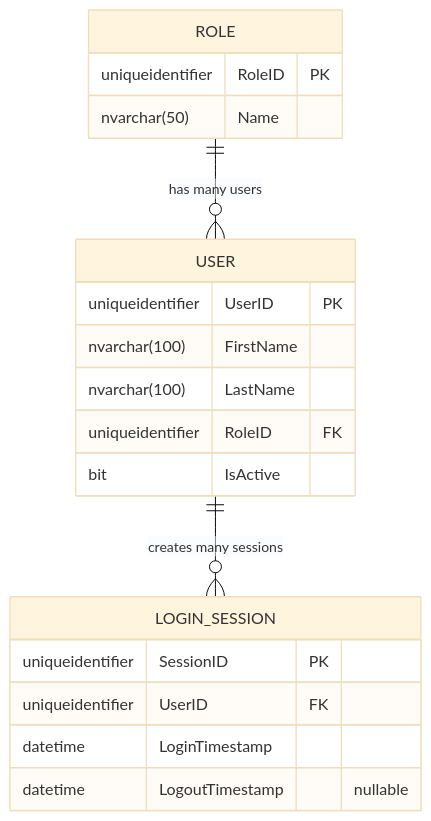
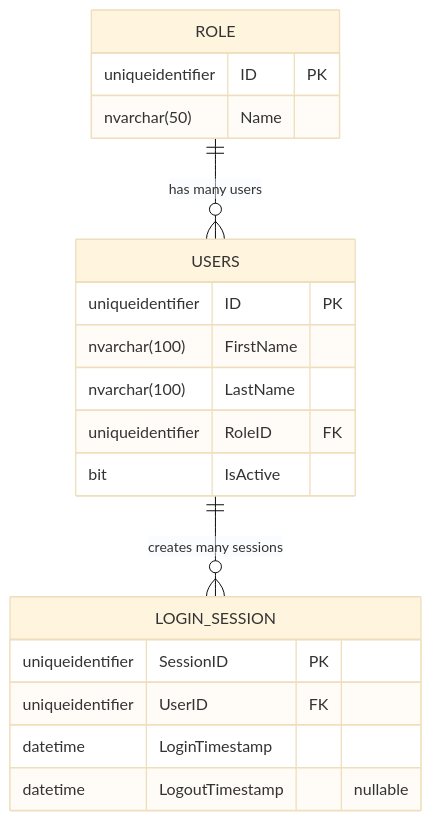
Before and after one commit to DMOoF25-TEAM11/ArlaNatureConnect: the diagram in docs/UseCase001-LoginAndRoleaccess/UC001-ER.mmd, drawn with Mermaid (base theme).

Commit message:
Update - Traceability

```diff
--- a/docs/UseCase001-LoginAndRoleaccess/UC001-ER.mmd
+++ b/docs/UseCase001-LoginAndRoleaccess/UC001-ER.mmd
@@ -1,24 +1,24 @@
 erDiagram
     ROLE {
-        uniqueidentifier RoleID PK
+        uniqueidentifier ID PK
         nvarchar(50) Name
     }
 
-    USER {
-        uniqueidentifier UserID PK
+    USERS {
+        uniqueidentifier ID PK
         nvarchar(100) FirstName
         nvarchar(100) LastName 
         uniqueidentifier RoleID FK
         bit IsActive
     }
 
     LOGIN_SESSION {
         uniqueidentifier SessionID PK
         uniqueidentifier UserID FK
         datetime LoginTimestamp
         datetime LogoutTimestamp  "nullable"
     }
 
     %% blank line above fixes syntax error
-    ROLE ||--o{ USER : "has many users"
-    USER ||--o{ LOGIN_SESSION : "creates many sessions"
+    ROLE ||--o{ USERS : "has many users"
+    USERS ||--o{ LOGIN_SESSION : "creates many sessions"
```
